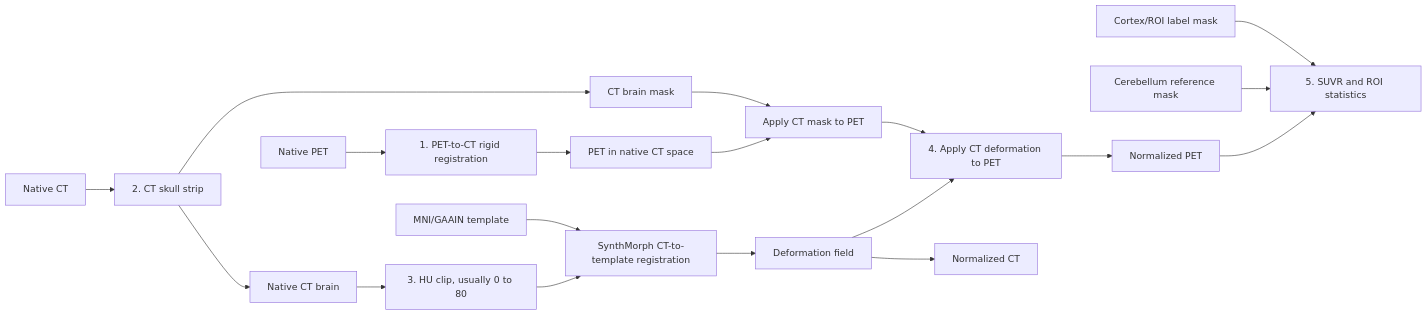
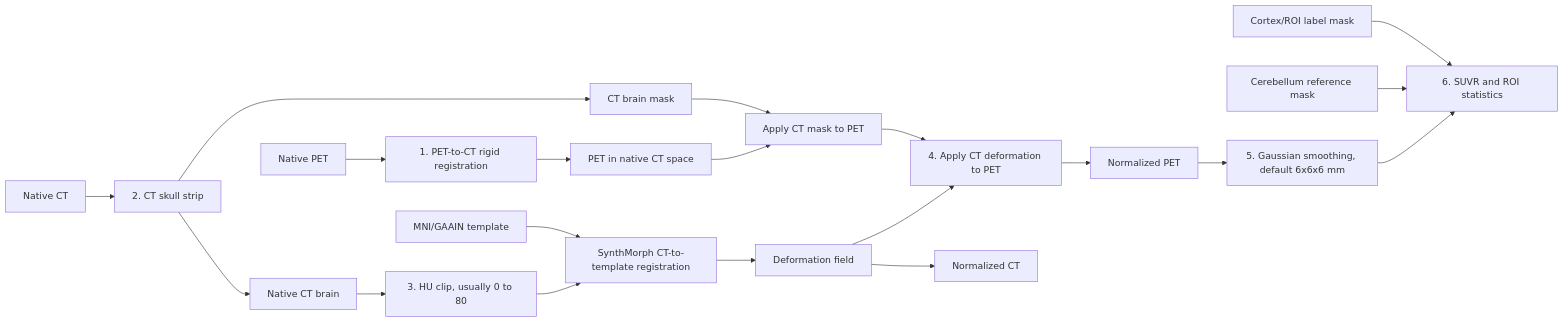
One commit to yanyan-7/SynCT changed the diagram in README.md. Above: the diagram before and after it, drawn with Mermaid. The commit also changed other lines of this file and 1 other file, not shown here.

Commit message:
Add PET smoothing and AV45 CL output

````diff
--- a/README.md
+++ b/README.md
@@ -7,21 +7,22 @@
 ```mermaid
 flowchart LR
     PET0[Native PET] --> Rigid[1. PET-to-CT rigid registration]
     CT0[Native CT] --> Skull[2. CT skull strip]
     Rigid --> PET_CT[PET in native CT space]
     Skull --> CTBrain[Native CT brain]
     Skull --> Mask[CT brain mask]
     PET_CT --> MaskPET[Apply CT mask to PET]
     Mask --> MaskPET
     CTBrain --> Clip[3. HU clip, usually 0 to 80]
     Clip --> Synth[SynthMorph CT-to-template registration]
     Template[MNI/GAAIN template] --> Synth
     Synth --> Field[Deformation field]
     Field --> ApplyPET[4. Apply CT deformation to PET]
     MaskPET --> ApplyPET
     ApplyPET --> MPET[Normalized PET]
     Field --> MCT[Normalized CT]
-    MPET --> SUVR[5. SUVR and ROI statistics]
+    MPET --> Smooth[5. Gaussian smoothing, default 6x6x6 mm]
+    Smooth --> SUVR[6. SUVR and ROI statistics]
     RefMask[Cerebellum reference mask] --> SUVR
     RoiMask[Cortex/ROI label mask] --> SUVR
 ```
````
